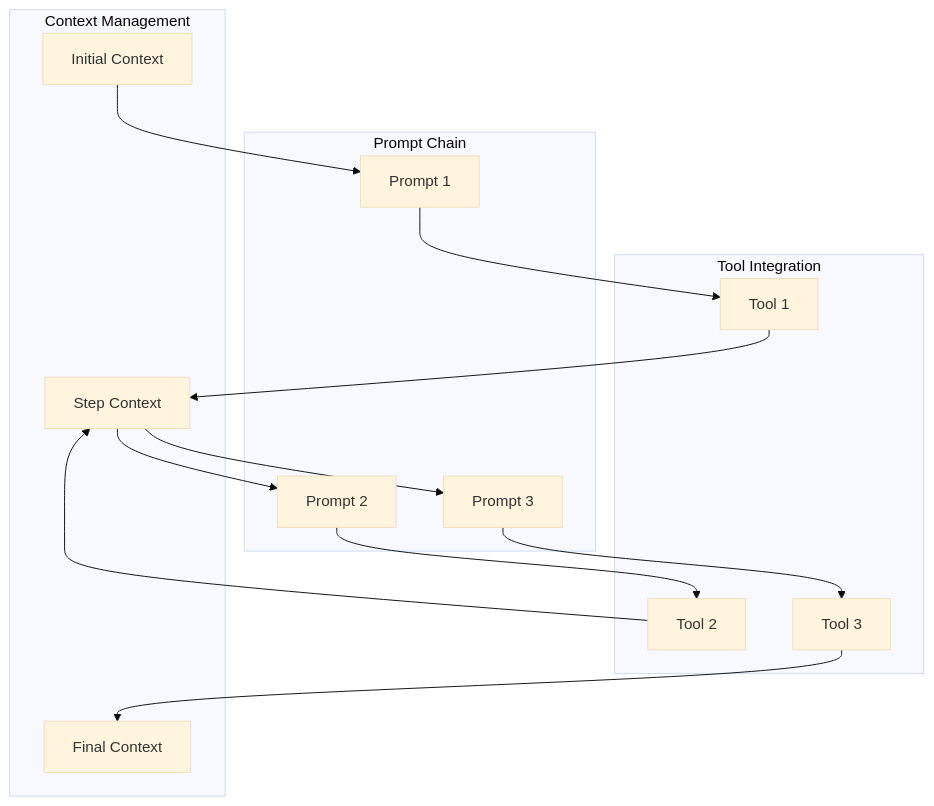
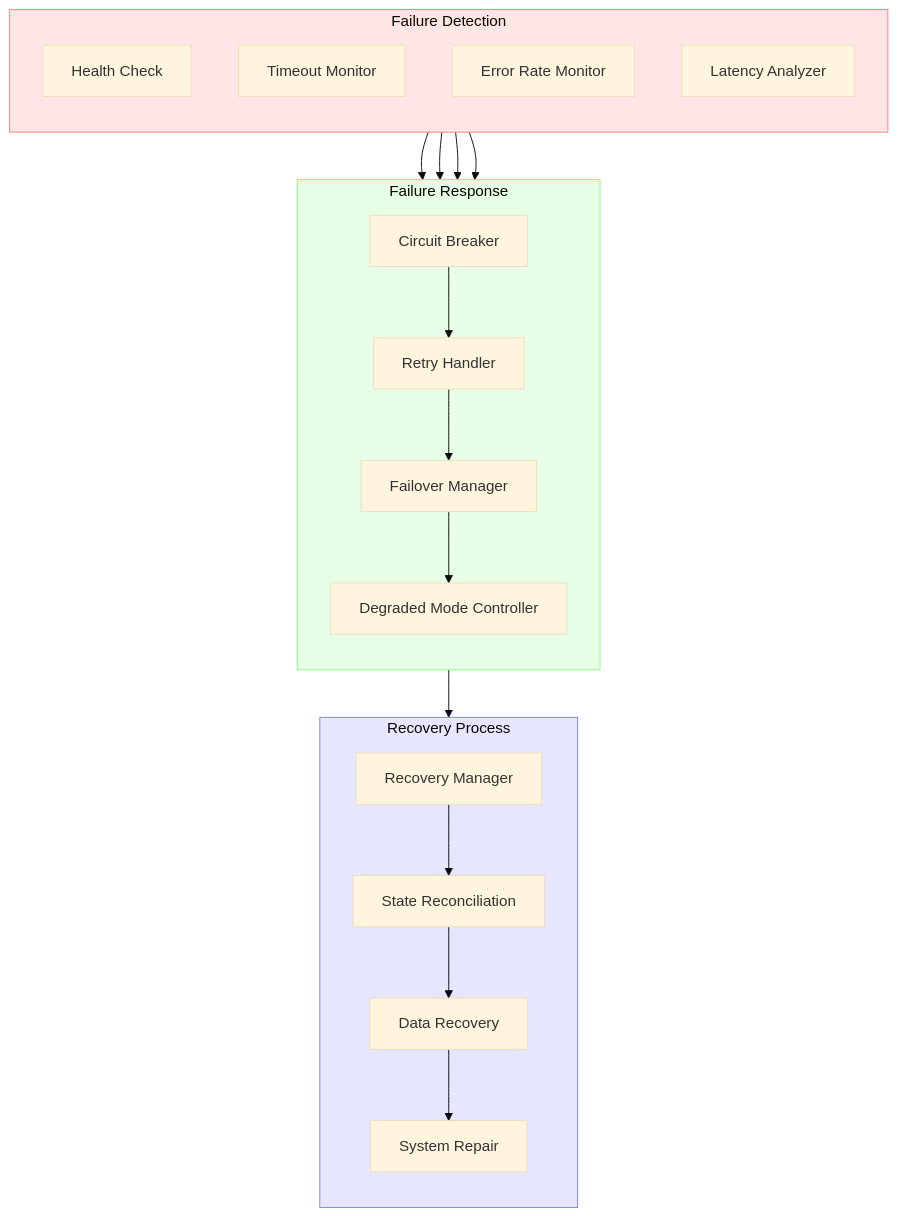
Before and after one commit to sparesparrow/cursor-rules: the third of 4 diagrams in .cursor/rules/diagrams/mcp-integration-patterns.mdc, drawn with Mermaid (base theme). The commit also changed other lines of this file and 5 other files, not shown here.

````diff
--- a/.cursor/rules/diagrams/mcp-integration-patterns.mdc
+++ b/.cursor/rules/diagrams/mcp-integration-patterns.mdc
@@ -79,30 +139,44 @@
 ```mermaid
 flowchart TD
-    subgraph Chain ["Prompt Chain"]
-        P1[Prompt 1]
-        P2[Prompt 2]
-        P3[Prompt 3]
+    subgraph Detection ["Failure Detection"]
+        direction TB
+        HC[Health Check]
+        TO[Timeout Monitor]
+        ER[Error Rate Monitor]
+        LA[Latency Analyzer]
     end
 
-    subgraph Context ["Context Management"]
-        IC[Initial Context]
-        SC[Step Context]
-        FC[Final Context]
+    subgraph Response ["Failure Response"]
+        direction TB
+        CB[Circuit Breaker]
+        RT[Retry Handler]
+        FO[Failover Manager]
+        DC[Degraded Mode Controller]
     end
 
-    subgraph Tools ["Tool Integration"]
-        T1[Tool 1]
-        T2[Tool 2]
-        T3[Tool 3]
+    subgraph Recovery ["Recovery Process"]
+        direction TB
+        RM[Recovery Manager]
+        SR[State Reconciliation]
+        DR[Data Recovery]
+        SY[System Repair]
     end
 
-    IC --> P1
-    P1 --> T1
-    T1 --> SC
-    SC --> P2
-    P2 --> T2
-    T2 --> SC
-    SC --> P3
-    P3 --> T3
-    T3 --> FC
+    HC --> CB
+    TO --> CB
+    ER --> CB
+    LA --> CB
+    
+    CB --> RT
+    RT --> FO
+    FO --> DC
+    
+    DC --> RM
+    RM --> SR
+    SR --> DR
+    DR --> SY
+    
+    style Detection fill:#ffe6e6,stroke:#ff8080
+    style Response fill:#e6ffe6,stroke:#80ff80
+    style Recovery fill:#e6e6ff,stroke:#8080ff
 ```
````
